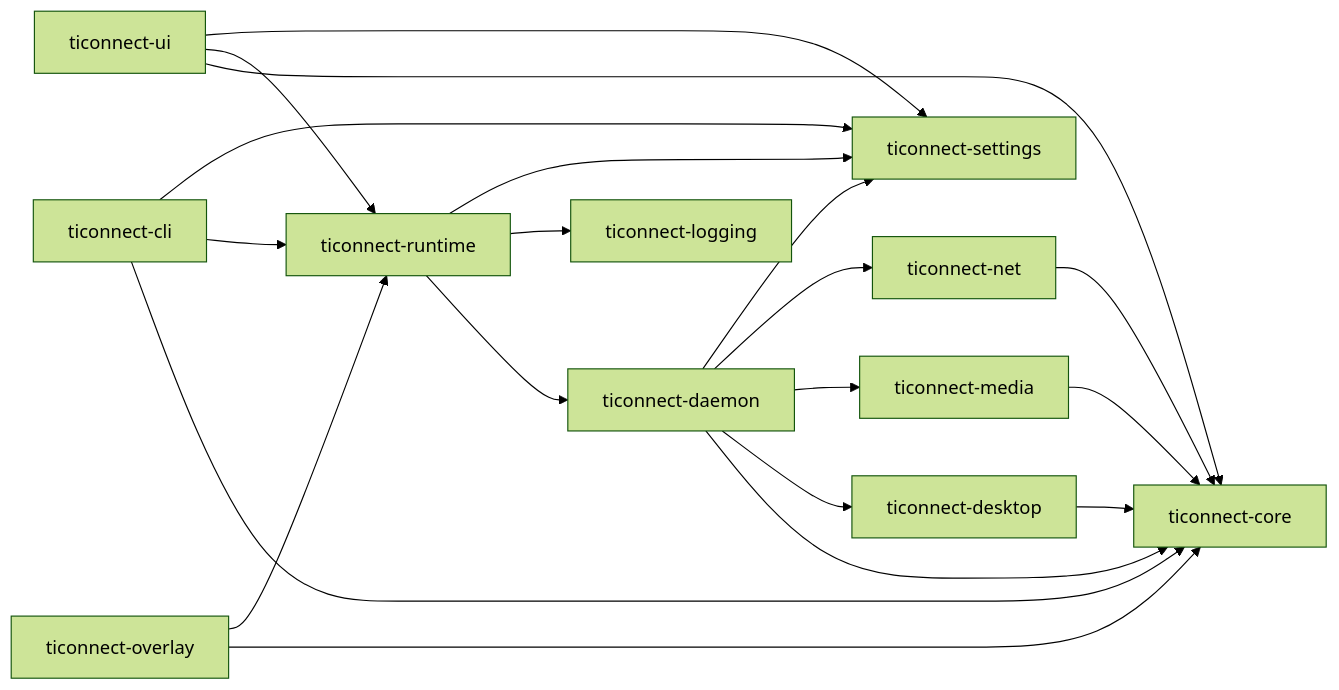
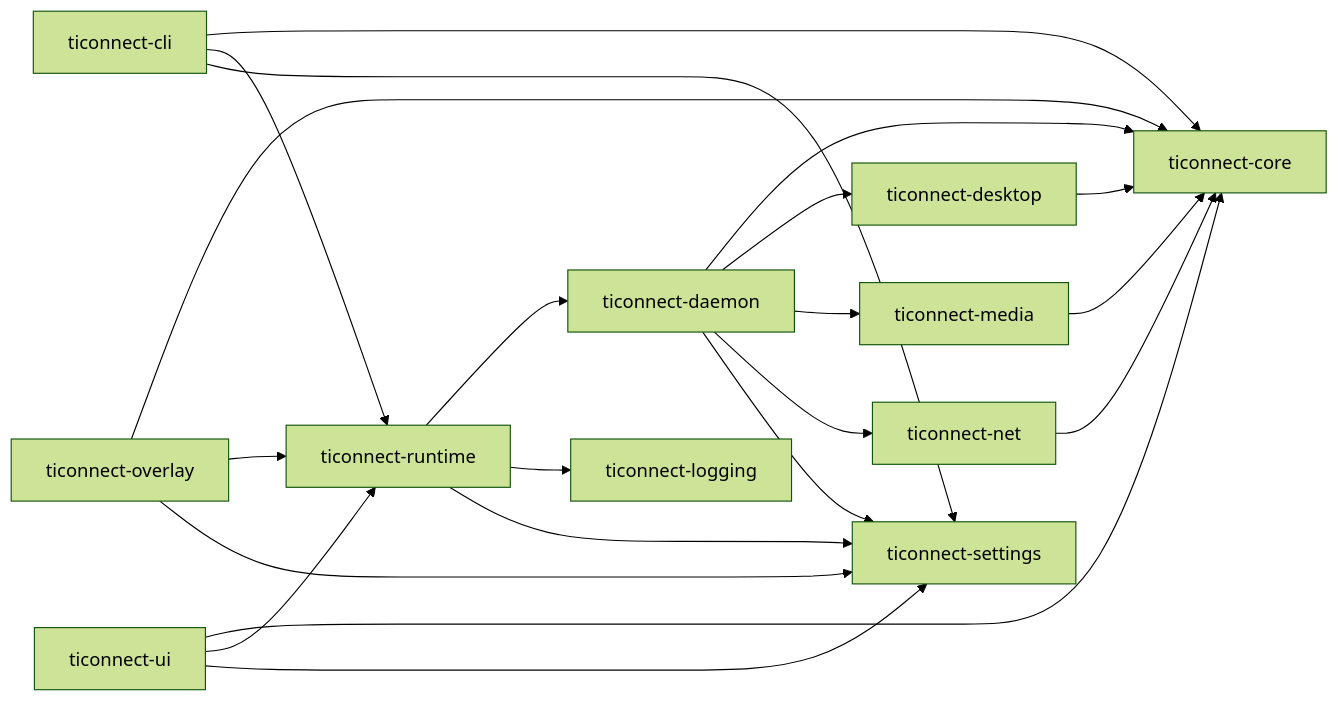
The diagram in docs/systems/generated/build-deps.md (TICO-CO/TiConnect), drawn with Mermaid (forest theme) before and after one commit. The commit also changed other lines of this file and 46 other files, not shown here.

````diff
--- a/docs/systems/generated/build-deps.md
+++ b/docs/systems/generated/build-deps.md
@@ -7,22 +7,23 @@
 ```mermaid
 flowchart LR
   p_ticonnect_cli["ticonnect-cli"] --> p_ticonnect_core["ticonnect-core"]
   p_ticonnect_cli["ticonnect-cli"] --> p_ticonnect_runtime["ticonnect-runtime"]
   p_ticonnect_cli["ticonnect-cli"] --> p_ticonnect_settings["ticonnect-settings"]
   p_ticonnect_daemon["ticonnect-daemon"] --> p_ticonnect_core["ticonnect-core"]
   p_ticonnect_daemon["ticonnect-daemon"] --> p_ticonnect_desktop["ticonnect-desktop"]
   p_ticonnect_daemon["ticonnect-daemon"] --> p_ticonnect_media["ticonnect-media"]
   p_ticonnect_daemon["ticonnect-daemon"] --> p_ticonnect_net["ticonnect-net"]
   p_ticonnect_daemon["ticonnect-daemon"] --> p_ticonnect_settings["ticonnect-settings"]
   p_ticonnect_desktop["ticonnect-desktop"] --> p_ticonnect_core["ticonnect-core"]
   p_ticonnect_media["ticonnect-media"] --> p_ticonnect_core["ticonnect-core"]
   p_ticonnect_net["ticonnect-net"] --> p_ticonnect_core["ticonnect-core"]
   p_ticonnect_overlay["ticonnect-overlay"] --> p_ticonnect_core["ticonnect-core"]
   p_ticonnect_overlay["ticonnect-overlay"] --> p_ticonnect_runtime["ticonnect-runtime"]
+  p_ticonnect_overlay["ticonnect-overlay"] --> p_ticonnect_settings["ticonnect-settings"]
   p_ticonnect_runtime["ticonnect-runtime"] --> p_ticonnect_daemon["ticonnect-daemon"]
   p_ticonnect_runtime["ticonnect-runtime"] --> p_ticonnect_logging["ticonnect-logging"]
   p_ticonnect_runtime["ticonnect-runtime"] --> p_ticonnect_settings["ticonnect-settings"]
   p_ticonnect_ui["ticonnect-ui"] --> p_ticonnect_core["ticonnect-core"]
   p_ticonnect_ui["ticonnect-ui"] --> p_ticonnect_runtime["ticonnect-runtime"]
   p_ticonnect_ui["ticonnect-ui"] --> p_ticonnect_settings["ticonnect-settings"]
 ```
````
